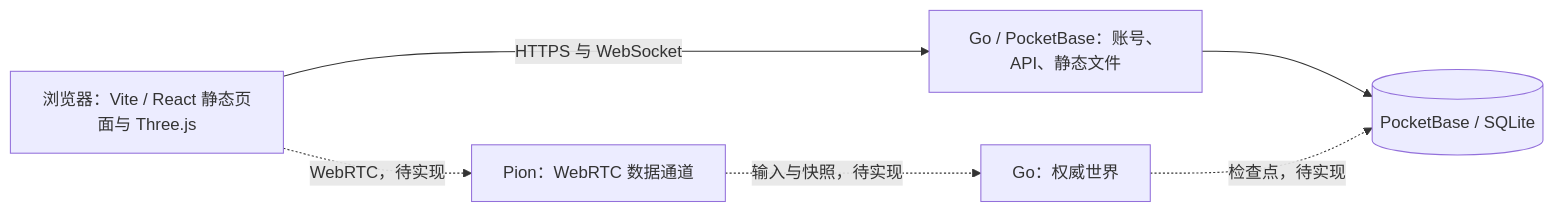
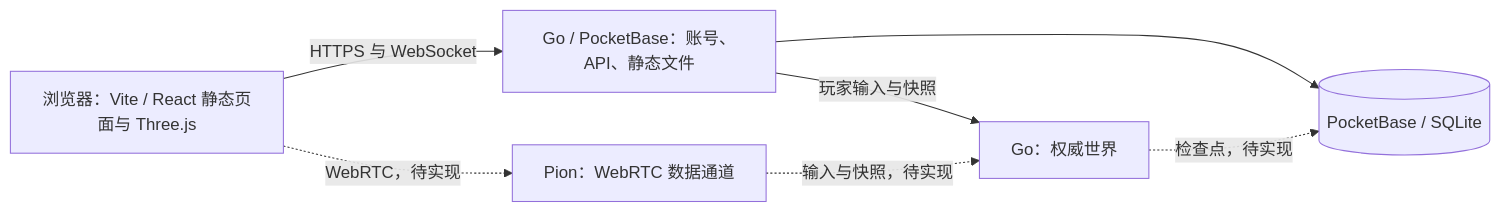
The diagram in spec/README.md (saurlax/dlut-online), drawn with Mermaid before and after one commit. The commit also changed other lines of this file and 24 other files, not shown here.

````diff
--- a/spec/README.md
+++ b/spec/README.md
@@ -9,13 +9,14 @@
 ```mermaid
 flowchart LR
   Browser[浏览器：Vite / React 静态页面与 Three.js]
   HTTP[Go / PocketBase：账号、API、静态文件]
   RTC[Pion：WebRTC 数据通道]
   World[Go：权威世界]
   DB[(PocketBase / SQLite)]
   Browser -->|HTTPS 与 WebSocket| HTTP
   Browser -. WebRTC，待实现 .-> RTC
   RTC -. 输入与快照，待实现 .-> World
   HTTP --> DB
+  HTTP -->|玩家输入与快照| World
   World -. 检查点，待实现 .-> DB
 ```
````
